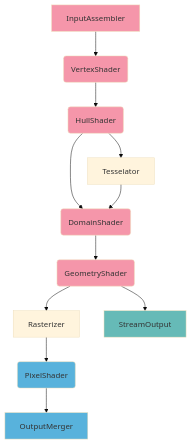
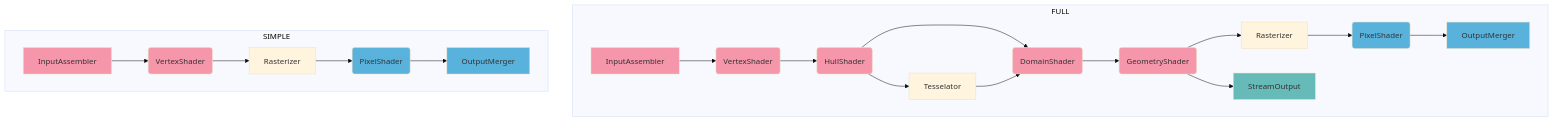
Before and after one commit to pw1316/pw1316.github.io: the second of 3 diagrams in _posts/2018-05-29-DX11Note.md, drawn with Mermaid (base theme). The commit also changed other lines of this file, not shown here.

````diff
--- a/_posts/2018-05-29-DX11Note.md
+++ b/_posts/2018-05-29-DX11Note.md
@@ -32,21 +34,34 @@
 ```mermaid
 graph TD
+subgraph FULL
 A[InputAssembler]-->B(VertexShader)
 B-->C(HullShader)
 C-->D[Tesselator]
 C-->E(DomainShader)
 D-->E
 E-->F(GeometryShader)
 F-->G[Rasterizer]
 F-->H[StreamOutput]
 G-->I(PixelShader)
 I-->J[OutputMerger]
 style A fill:#F596AA;
 style B fill:#F596AA;
 style C fill:#F596AA;
 style E fill:#F596AA;
 style F fill:#F596AA;
 style H fill:#66BAB7;
 style I fill:#58B2DC;
 style J fill:#58B2DC;
+end
+
+subgraph SIMPLE
+K[InputAssembler]-->L(VertexShader)
+L-->M[Rasterizer]
+M-->N(PixelShader)
+N-->O[OutputMerger]
+style K fill:#F596AA;
+style L fill:#F596AA;
+style N fill:#58B2DC;
+style O fill:#58B2DC;
+end
 ```
````
